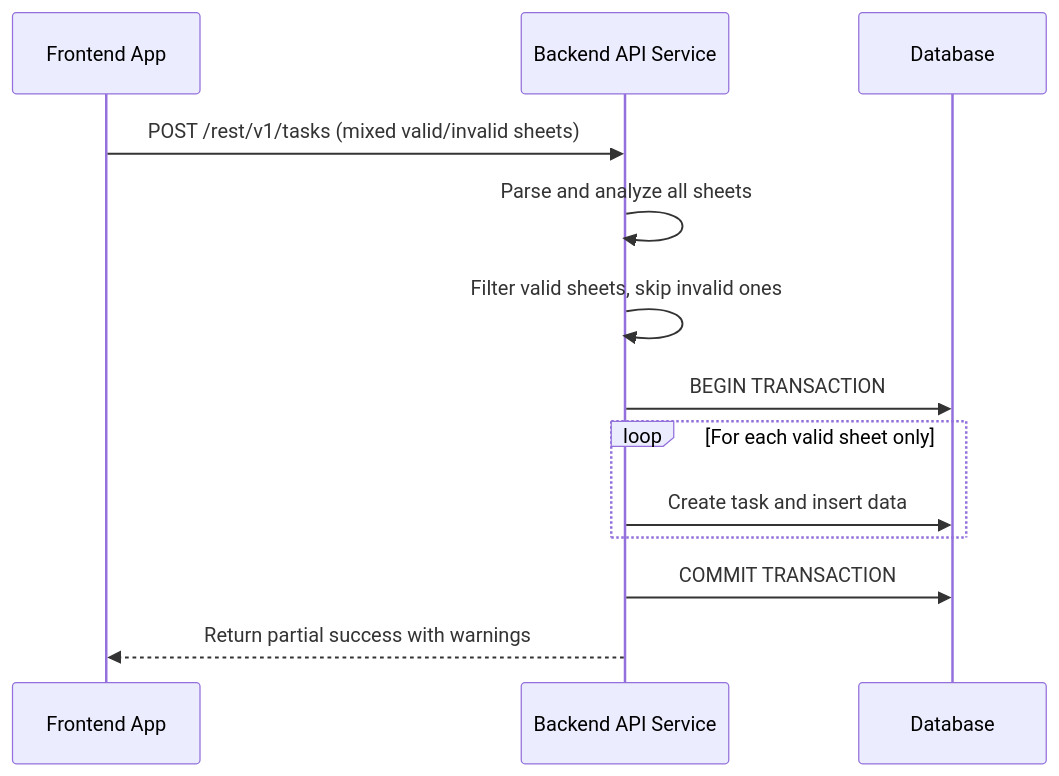
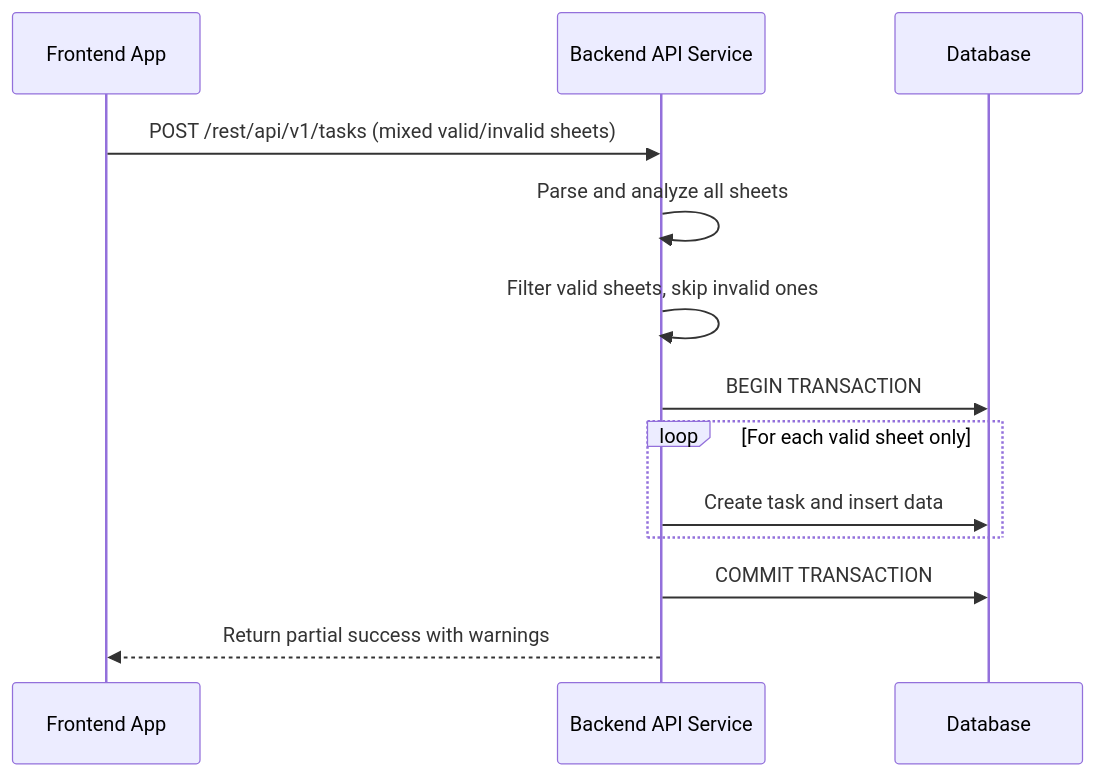
One commit to andrewhzy/SpringHttpClientDataJpaDemo changed the third of 9 diagrams in docs/sequence-diagrams-api-handling.md. Above: the diagram before and after it, drawn with Mermaid. The commit also changed other lines of this file and 8 other files, not shown here.

````diff
--- a/docs/sequence-diagrams-api-handling.md
+++ b/docs/sequence-diagrams-api-handling.md
@@ -69,19 +69,19 @@
 ```mermaid
 sequenceDiagram
     participant FE as Frontend App
     participant API as Backend API Service
     participant DB as Database
     
-    FE->>API: POST /rest/v1/tasks (mixed valid/invalid sheets)
+    FE->>API: POST /rest/api/v1/tasks (mixed valid/invalid sheets)
     API->>API: Parse and analyze all sheets
     API->>API: Filter valid sheets, skip invalid ones
     
     API->>DB: BEGIN TRANSACTION
     
     loop For each valid sheet only
         API->>DB: Create task and insert data
     end
     
     API->>DB: COMMIT TRANSACTION
     API-->>FE: Return partial success with warnings
 ```
````
